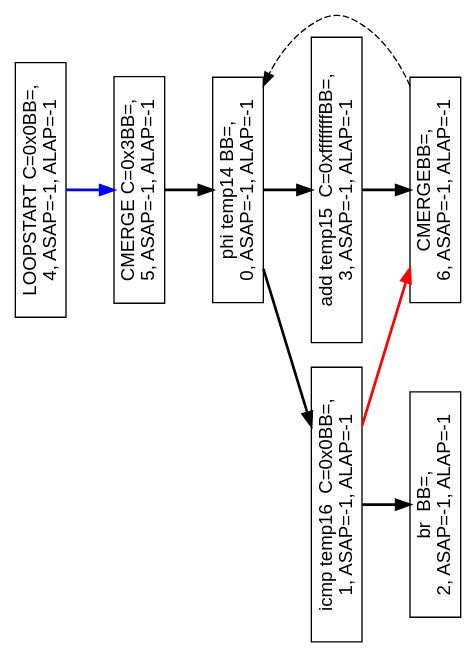
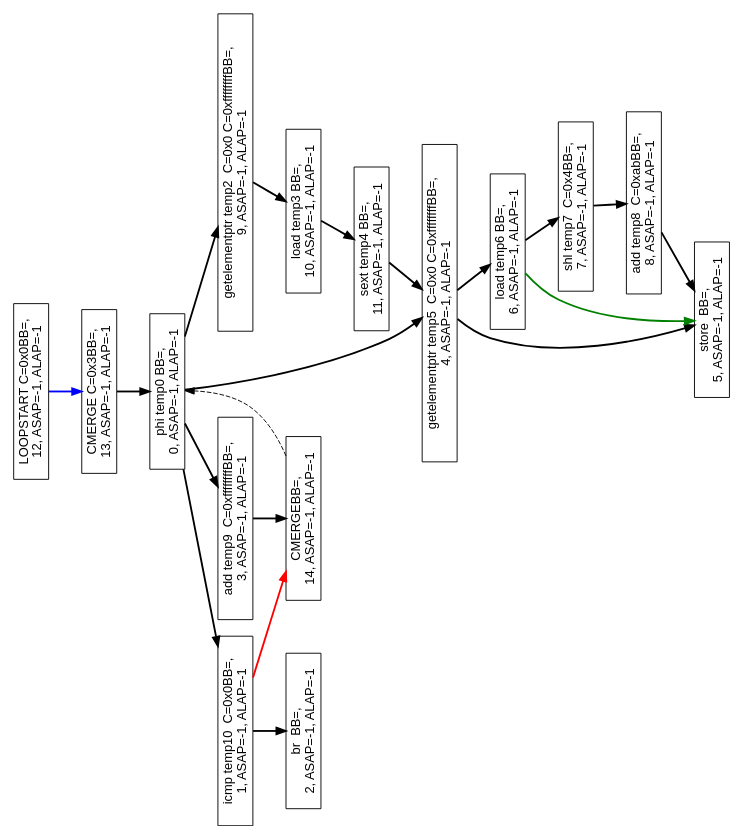
Before and after one commit to vlad-nitu/Morpher_DFG_Generator: the diagram in benchmarks/morpher_benchmarks/4radix/page_table_walk_INNERMOST_LN1after_handleSELECTNodes_PartPredDFG.dot, drawn with Graphviz. The commit also changed 11 other files, not shown here.

```diff
--- a/benchmarks/morpher_benchmarks/4radix/page_table_walk_INNERMOST_LN1after_handleSELECTNodes_PartPredDFG.dot
+++ b/benchmarks/morpher_benchmarks/4radix/page_table_walk_INNERMOST_LN1after_handleSELECTNodes_PartPredDFG.dot
@@ -1,30 +1,57 @@
 digraph Region_18 {
 	graph [ nslimit = "1000.0",
 	orientation = landscape,
 		center = true,
 	page = "8.5,11",
 	compound=true,
 	size = "10,7.5" ] ;
-"Op_4" [ fontname = "Helvetica" shape = box, label = " LOOPSTART C=0x0BB=,
-4, ASAP=-1, ALAP=-1"]
-"Op_0" [ fontname = "Helvetica" shape = box, label = " phi temp14 BB=,
+"Op_12" [ fontname = "Helvetica" shape = box, label = " LOOPSTART C=0x0BB=,
+12, ASAP=-1, ALAP=-1"]
+"Op_0" [ fontname = "Helvetica" shape = box, label = " phi temp0 BB=,
 0, ASAP=-1, ALAP=-1"]
-"Op_1" [ fontname = "Helvetica" shape = box, label = " icmp temp16  C=0x0BB=,
+"Op_1" [ fontname = "Helvetica" shape = box, label = " icmp temp10  C=0x0BB=,
 1, ASAP=-1, ALAP=-1"]
 "Op_2" [ fontname = "Helvetica" shape = box, label = " br  BB=,
 2, ASAP=-1, ALAP=-1"]
-"Op_3" [ fontname = "Helvetica" shape = box, label = " add temp15  C=0xffffffffBB=,
+"Op_3" [ fontname = "Helvetica" shape = box, label = " add temp9  C=0xffffffffBB=,
 3, ASAP=-1, ALAP=-1"]
-"Op_5" [ fontname = "Helvetica" shape = box, label = " CMERGE C=0x3BB=,
+"Op_4" [ fontname = "Helvetica" shape = box, label = " getelementptr temp5  C=0x0 C=0xffffffffBB=,
+4, ASAP=-1, ALAP=-1"]
+"Op_5" [ fontname = "Helvetica" shape = box, label = " store  BB=,
 5, ASAP=-1, ALAP=-1"]
-"Op_6" [ fontname = "Helvetica" shape = box, label = " CMERGEBB=,
+"Op_6" [ fontname = "Helvetica" shape = box, label = " load temp6 BB=,
 6, ASAP=-1, ALAP=-1"]
+"Op_7" [ fontname = "Helvetica" shape = box, label = " shl temp7  C=0x4BB=,
+7, ASAP=-1, ALAP=-1"]
+"Op_8" [ fontname = "Helvetica" shape = box, label = " add temp8  C=0xabBB=,
+8, ASAP=-1, ALAP=-1"]
+"Op_9" [ fontname = "Helvetica" shape = box, label = " getelementptr temp2  C=0x0 C=0xffffffffBB=,
+9, ASAP=-1, ALAP=-1"]
+"Op_10" [ fontname = "Helvetica" shape = box, label = " load temp3 BB=,
+10, ASAP=-1, ALAP=-1"]
+"Op_11" [ fontname = "Helvetica" shape = box, label = " sext temp4 BB=,
+11, ASAP=-1, ALAP=-1"]
+"Op_13" [ fontname = "Helvetica" shape = box, label = " CMERGE C=0x3BB=,
+13, ASAP=-1, ALAP=-1"]
+"Op_14" [ fontname = "Helvetica" shape = box, label = " CMERGEBB=,
+14, ASAP=-1, ALAP=-1"]
 "Op_0" -> "Op_1" [style = bold, color = black];
 "Op_0" -> "Op_3" [style = bold, color = black];
+"Op_0" -> "Op_4" [style = bold, color = black];
+"Op_0" -> "Op_9" [style = bold, color = black];
 "Op_1" -> "Op_2" [style = bold, color = black];
-"Op_1" -> "Op_6" [style = bold, color = red];
-"Op_3" -> "Op_6" [style = bold, color = black];
-"Op_4" -> "Op_5" [style = bold, color = blue];
-"Op_5" -> "Op_0" [style = bold, color = black];
-"Op_6" -> "Op_0" [style = dashed, color = black];
+"Op_1" -> "Op_14" [style = bold, color = red];
+"Op_3" -> "Op_14" [style = bold, color = black];
+"Op_4" -> "Op_5" [style = bold, color = black];
+"Op_4" -> "Op_6" [style = bold, color = black];
+"Op_6" -> "Op_7" [style = bold, color = black];
+"Op_6" -> "Op_5"[style = bold, color = green];
+"Op_7" -> "Op_8" [style = bold, color = black];
+"Op_8" -> "Op_5" [style = bold, color = black];
+"Op_9" -> "Op_10" [style = bold, color = black];
+"Op_10" -> "Op_11" [style = bold, color = black];
+"Op_11" -> "Op_4" [style = bold, color = black];
+"Op_12" -> "Op_13" [style = bold, color = blue];
+"Op_13" -> "Op_0" [style = bold, color = black];
+"Op_14" -> "Op_0" [style = dashed, color = black];
 }
```
